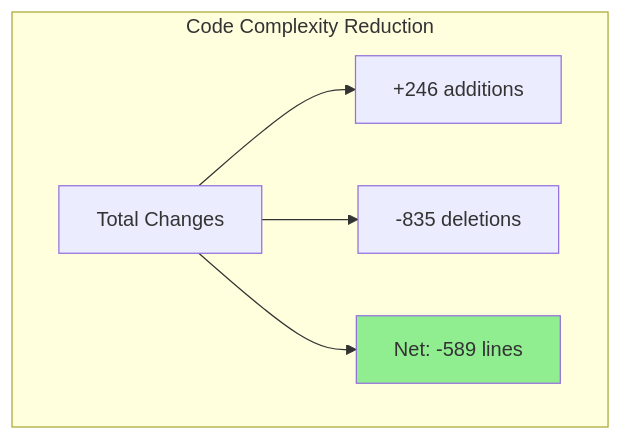
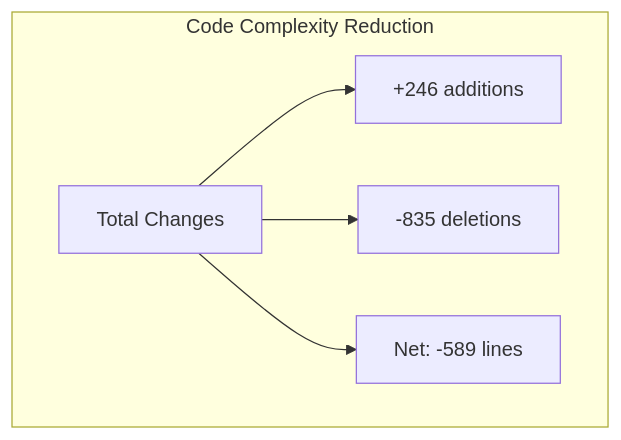
Before and after one commit to ELC/upskilling: the seventh of 7 diagrams in docs/changes_from_improve-services_to_simplify-services.md, drawn with Mermaid. The commit also changed other lines of this file, not shown here.

````diff
--- a/docs/changes_from_improve-services_to_simplify-services.md
+++ b/docs/changes_from_improve-services_to_simplify-services.md
@@ -269,15 +260,13 @@
 ```mermaid
 graph TD
     subgraph "Code Complexity Reduction"
         A[Total Changes]
         B[+246 additions]
         C[-835 deletions]
         D[Net: -589 lines]
         
         A --> B
         A --> C
         A --> D
-        
-        style D fill:#90EE90
     end
 ```
````
